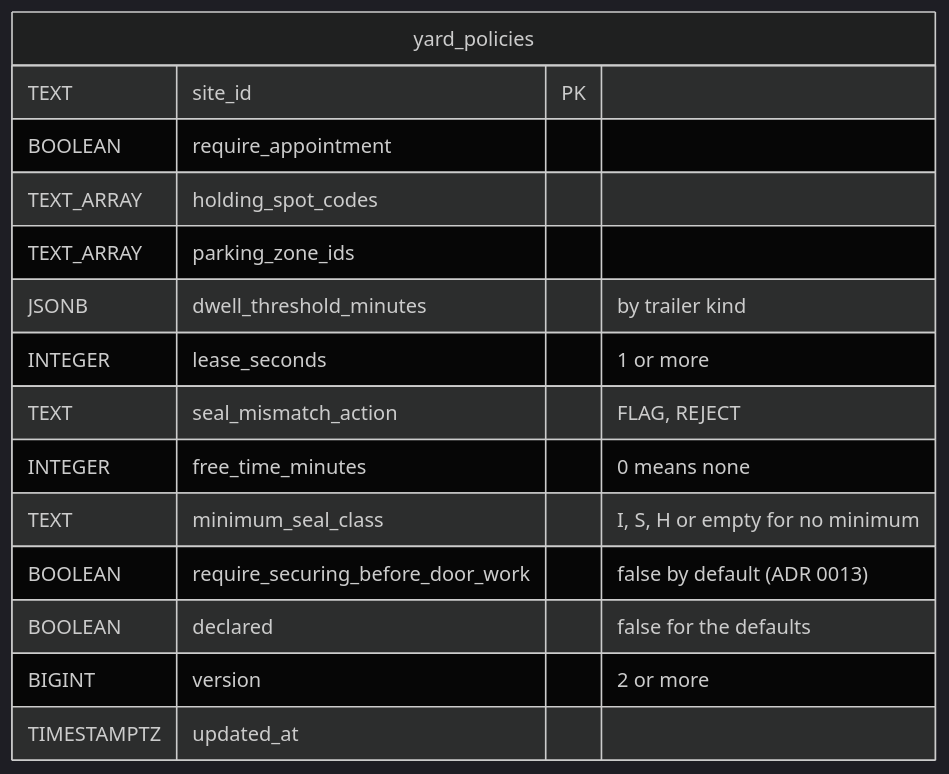
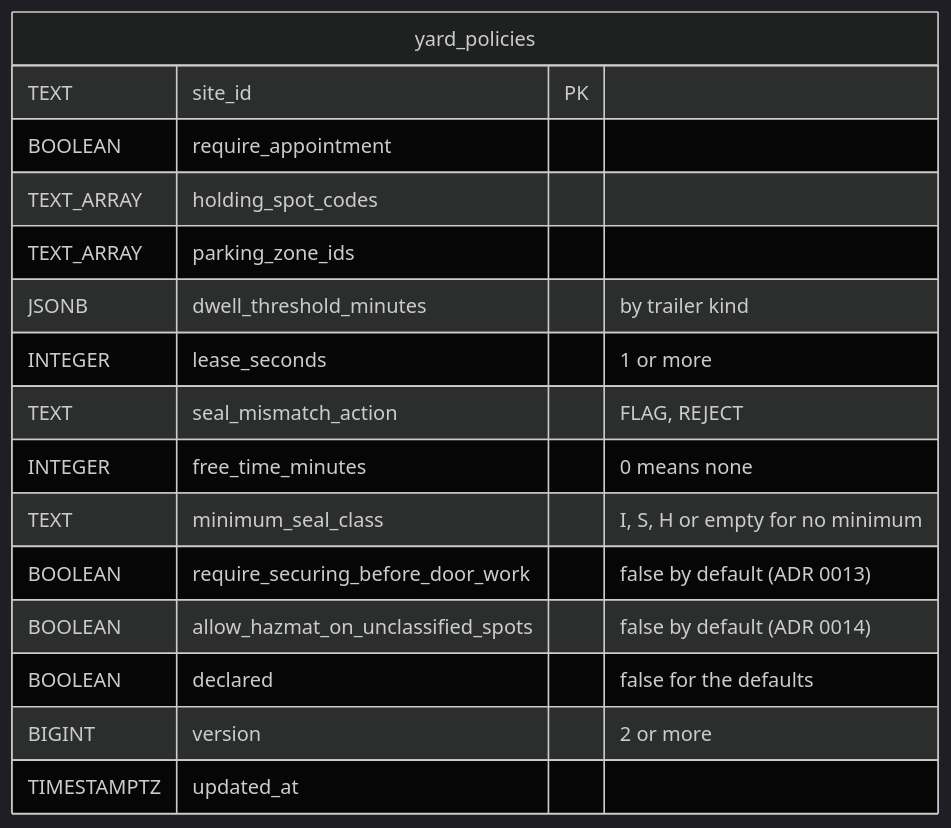
One commit to IQVO/yard-management changed the fifth of 8 diagrams in docs/docs/ddd/entity-relationship.md. Above: the diagram before and after it, drawn with Mermaid (dark theme). The commit also changed other lines of this file and 126 other files, not shown here.

````diff
--- a/docs/docs/ddd/entity-relationship.md
+++ b/docs/docs/ddd/entity-relationship.md
@@ -146,19 +149,20 @@
 ```mermaid
 erDiagram
     direction LR
     yard_policies {
         TEXT site_id PK
         BOOLEAN require_appointment
         TEXT_ARRAY holding_spot_codes
         TEXT_ARRAY parking_zone_ids
         JSONB dwell_threshold_minutes "by trailer kind"
         INTEGER lease_seconds "1 or more"
         TEXT seal_mismatch_action "FLAG, REJECT"
         INTEGER free_time_minutes "0 means none"
         TEXT minimum_seal_class "I, S, H or empty for no minimum"
         BOOLEAN require_securing_before_door_work "false by default (ADR 0013)"
+        BOOLEAN allow_hazmat_on_unclassified_spots "false by default (ADR 0014)"
         BOOLEAN declared "false for the defaults"
         BIGINT version "2 or more"
         TIMESTAMPTZ updated_at
     }
 ```
````
